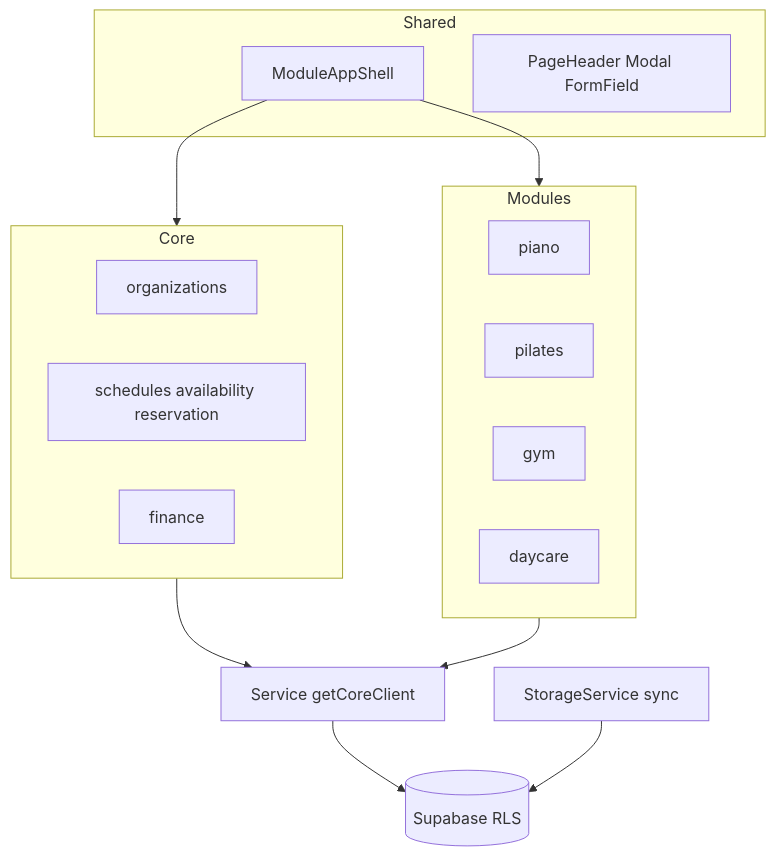
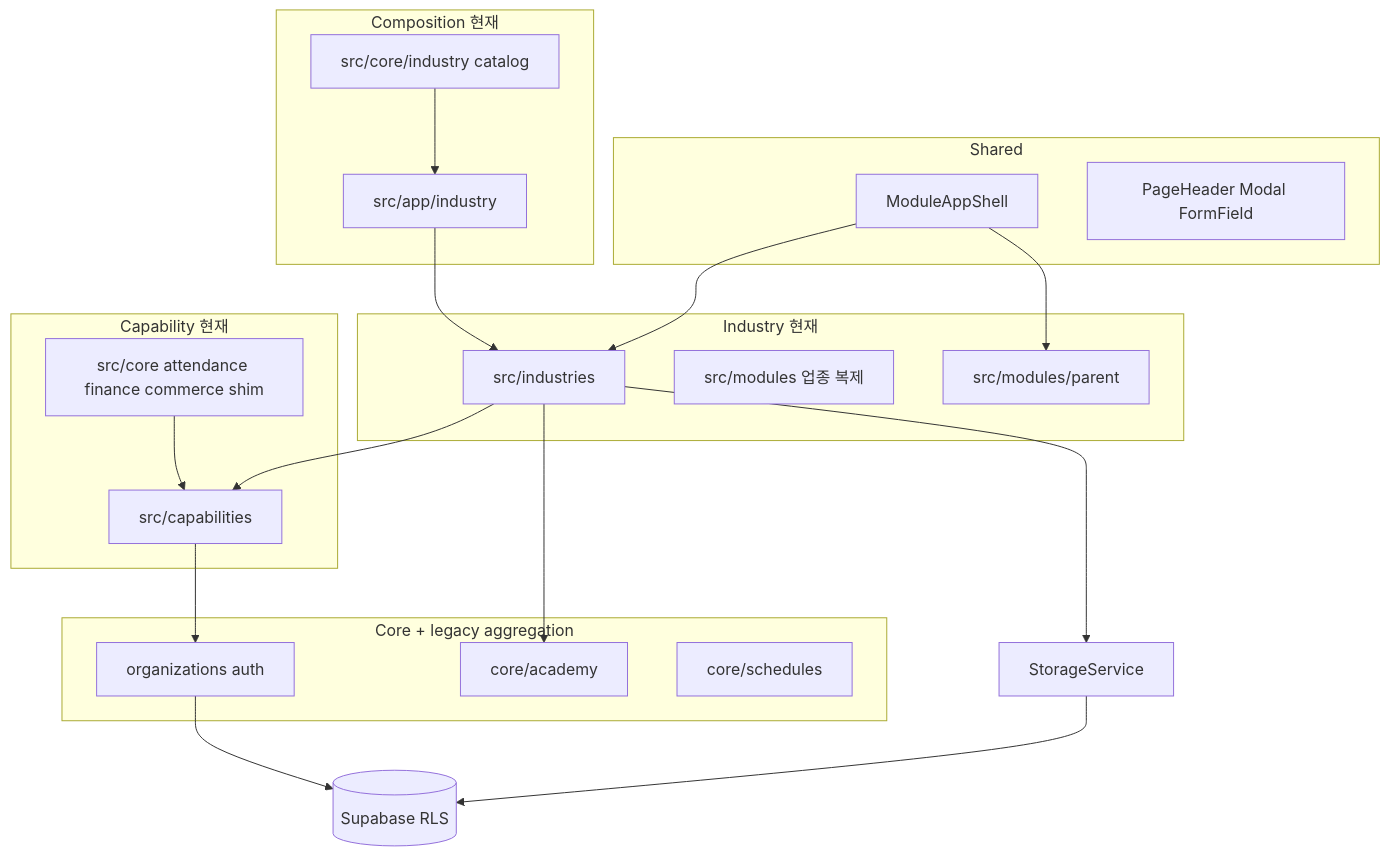
Before and after one commit to csi515/Moa: the first of 2 diagrams in docs/ARCHITECTURE.md, drawn with Mermaid. The commit also changed other lines of this file and 771 other files, not shown here.

First line of the commit message:
feat(architecture): split Core, Capability, Industry, and Composition

````diff
--- a/docs/ARCHITECTURE.md
+++ b/docs/ARCHITECTURE.md
@@ -53,24 +154,36 @@
 ```mermaid
 flowchart TB
   subgraph sharedLayer [Shared]
     Shell[ModuleAppShell]
     UI[PageHeader Modal FormField]
   end
-  subgraph coreLayer [Core]
-    Org[organizations]
-    Sched[schedules availability reservation]
-    Fin[finance]
+  subgraph compositionNow [Composition 현재]
+    AppInd[src/app/industry]
+    CoreInd[src/core/industry catalog]
   end
-  subgraph modulesLayer [Modules]
-    Piano[piano]
-    Pilates[pilates]
-    Gym[gym]
-    Daycare[daycare]
+  subgraph industryNow [Industry 현재]
+    Ind[src/industries]
+    ModLegacy[src/modules 업종 복제]
+    Parent[src/modules/parent]
   end
-  Shell --> coreLayer
-  Shell --> modulesLayer
-  coreLayer --> ServicePath[Service getCoreClient]
-  modulesLayer --> ServicePath
-  ServicePath --> SB[(Supabase RLS)]
-  Legacy[StorageService sync] --> SB
+  subgraph capNow [Capability 현재]
+    Caps[src/capabilities]
+    Shim[src/core attendance finance commerce shim]
+  end
+  subgraph coreNow [Core + legacy aggregation]
+    Org[organizations auth]
+    Acad[core/academy]
+    Sched[core/schedules]
+  end
+  AppInd --> Ind
+  CoreInd --> AppInd
+  Ind --> Caps
+  Ind --> Acad
+  Caps --> Org
+  Shim --> Caps
+  Shell --> Ind
+  Shell --> Parent
+  Ind --> Storage[StorageService]
+  Storage --> SB[(Supabase RLS)]
+  Org --> SB
 ```
````
